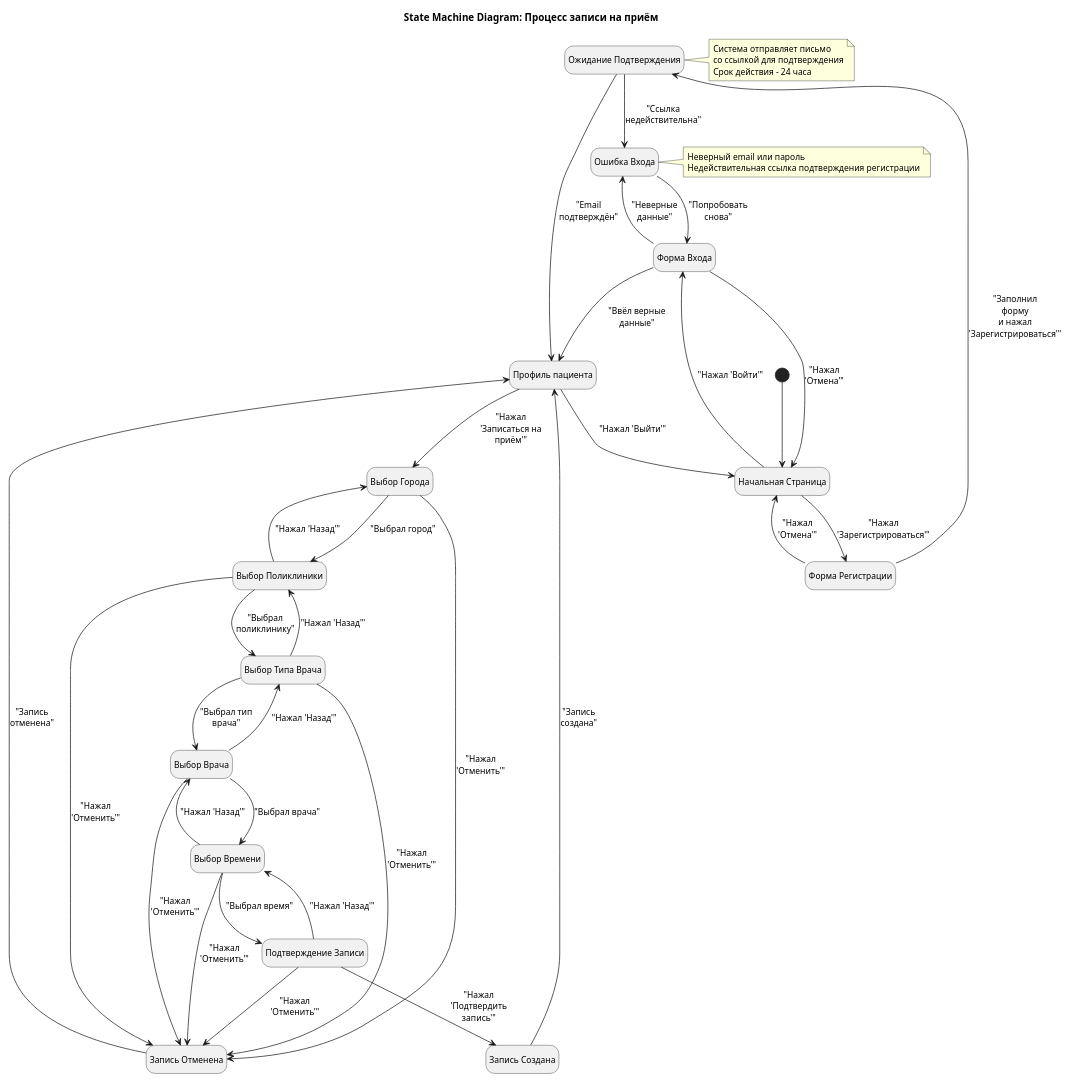
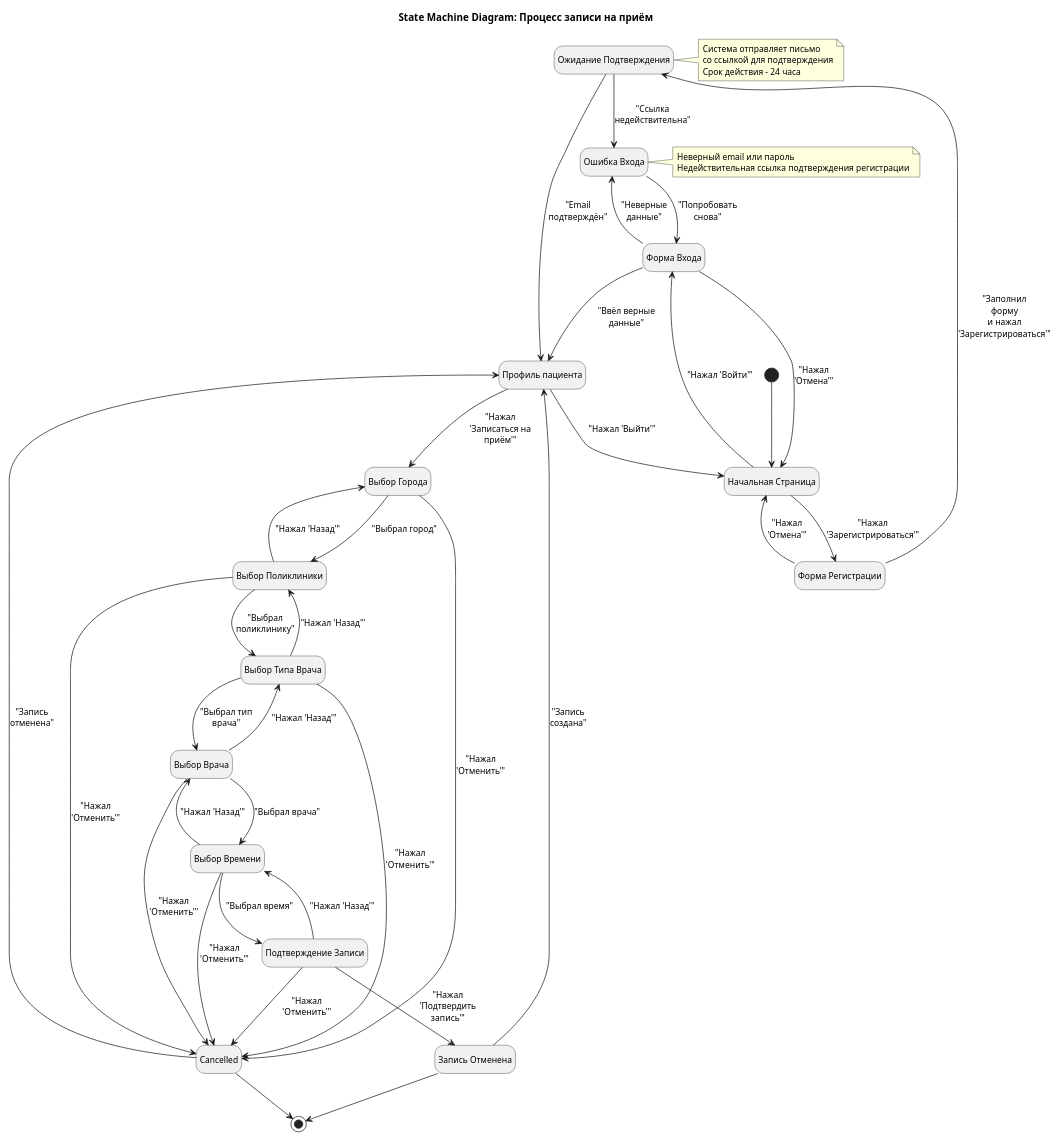
One commit to bald03/project-doc changed the diagram in 3. Технические процессы/state.puml. Above: the diagram before and after it, drawn with PlantUML. The commit also changed 1 other file, not shown here.

Commit message:
Исправлено замечание по стейт диаграмме

```diff
--- a/3. Технические процессы/state.puml
+++ b/3. Технические процессы/state.puml
@@ -1,81 +1,84 @@
 @startuml State Machine Diagram: Процесс записи на приём
 scale 0.8
 skinparam {
   defaultFontSize 12
   maxMessageSize 100
 }
 hide empty description
 
 title State Machine Diagram: Процесс записи на приём
 
 state "Начальная Страница" as Start
 state "Форма Регистрации" as Reg
 state "Ожидание Подтверждения" as WaitConfirm
 state "Форма Входа" as Login
 state "Ошибка Входа" as LoginError
 state "Профиль пациента" as PatientProfile
 state "Выбор Города" as City
 state "Выбор Поликлиники" as Clinic
 state "Выбор Типа Врача" as DoctorType
 state "Выбор Врача" as Doctor
 state "Выбор Времени" as Time
 state "Подтверждение Записи" as Confirm
 state "Запись Создана" as Created
-state "Запись Отменена" as Cancelled
+state "Запись Отменена" as Created
 
 [*] --> Start
 
 Start --> Reg : "Нажал 'Зарегистрироваться'"
 Start --> Login : "Нажал 'Войти'"
 
 Reg --> WaitConfirm : "Заполнил форму\nи нажал 'Зарегистрироваться'"
 Reg --> Start : "Нажал 'Отмена'"
 
 WaitConfirm --> PatientProfile : "Email подтверждён"
 WaitConfirm --> LoginError : "Ссылка недействительна"
 
 Login --> PatientProfile : "Ввёл верные данные"
 Login --> LoginError : "Неверные данные"
 Login --> Start : "Нажал 'Отмена'"
 LoginError --> Login : "Попробовать снова"
 
 PatientProfile --> City : "Нажал 'Записаться на приём'"
 PatientProfile --> Start : "Нажал 'Выйти'"
 
 City --> Clinic : "Выбрал город"
 City --> Cancelled : "Нажал 'Отменить'"
 
 Clinic --> City : "Нажал 'Назад'"
 Clinic --> DoctorType : "Выбрал поликлинику"
 Clinic --> Cancelled : "Нажал 'Отменить'"
 
 DoctorType --> Clinic : "Нажал 'Назад'"
 DoctorType --> Doctor : "Выбрал тип врача"
 DoctorType --> Cancelled : "Нажал 'Отменить'"
 
 Doctor --> DoctorType : "Нажал 'Назад'"
 Doctor --> Time : "Выбрал врача"
 Doctor --> Cancelled : "Нажал 'Отменить'"
 
 Time --> Doctor : "Нажал 'Назад'"
 Time --> Confirm : "Выбрал время"
 Time --> Cancelled : "Нажал 'Отменить'"
 
 Confirm --> Time : "Нажал 'Назад'"
 Confirm --> Created : "Нажал 'Подтвердить запись'"
 Confirm --> Cancelled : "Нажал 'Отменить'"
 
 Created --> PatientProfile : "Запись создана"
 Cancelled --> PatientProfile : "Запись отменена"
 
+Created --> [*]
+Cancelled --> [*]
+
 note right of WaitConfirm
   Система отправляет письмо
   со ссылкой для подтверждения
   Срок действия - 24 часа
 end note
 
 note right of LoginError
   Неверный email или пароль
   Недействительная ссылка подтверждения регистрации
 end note
 @enduml
```
